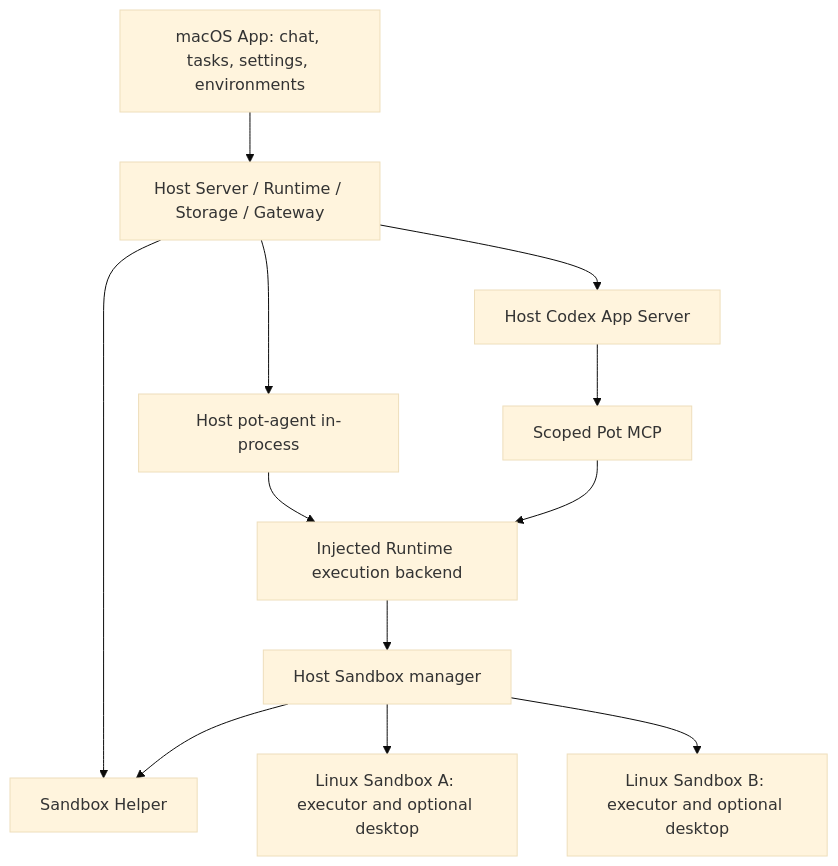
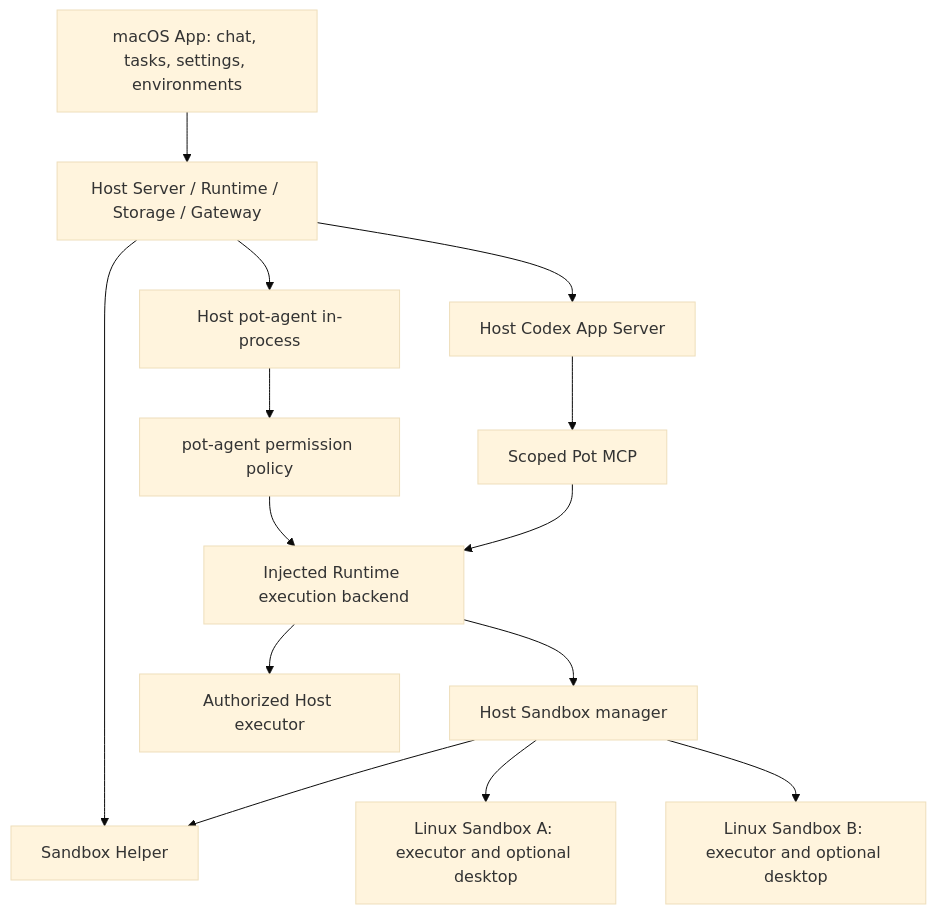
Before and after one commit to jjyr/pot: the diagram in docs/architecture.md, drawn with Mermaid (base theme). The commit also changed other lines of this file and 83 other files, not shown here.

First line of the commit message:
Unify agent permissions, execution tools and task coordination (#34)

````diff
--- a/docs/architecture.md
+++ b/docs/architecture.md
@@ -7,14 +7,16 @@
 ```mermaid
 flowchart TB
     App[macOS App: chat, tasks, settings, environments] --> Server[Host Server / Runtime / Storage / Gateway]
     Server --> Helper[Sandbox Helper]
     Server --> Pot[Host pot-agent in-process]
     Server --> Codex[Host Codex App Server]
-    Pot --> Tools[Injected Runtime execution backend]
+    Pot --> Permission[pot-agent permission policy]
+    Permission --> Tools[Injected Runtime execution backend]
     Codex --> MCP[Scoped Pot MCP]
     MCP --> Tools
+    Tools --> Host[Authorized Host executor]
     Tools --> Manager[Host Sandbox manager]
     Manager --> Helper
     Manager --> A[Linux Sandbox A: executor and optional desktop]
     Manager --> B[Linux Sandbox B: executor and optional desktop]
 ```
````
